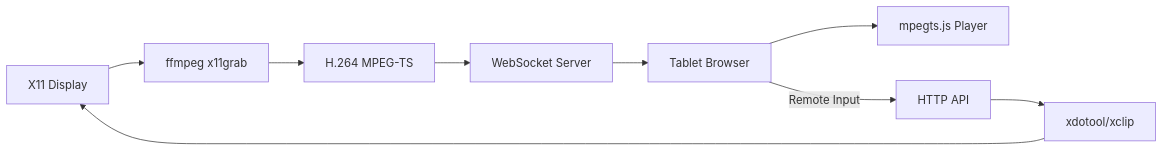
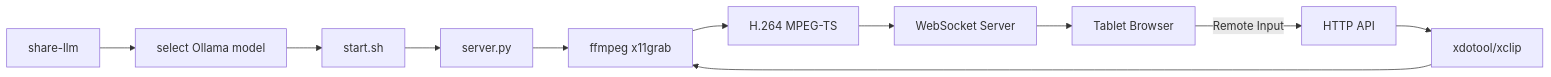
The diagram in README.md (krsatyam36/llm-share), drawn with Mermaid before and after one commit. The commit also changed other lines of this file, not shown here.

Commit message:
docs: update README to reflect LLM Share project structure and Ollama integration

````diff
--- a/README.md
+++ b/README.md
@@ -29,11 +59,13 @@
 ```mermaid
 graph LR
-    A[X11 Display] --> B[ffmpeg x11grab]
-    B --> C[H.264 MPEG-TS]
-    C --> D[WebSocket Server]
-    D --> E[Tablet Browser]
-    E --> F[mpegts.js Player]
-    E -- Remote Input --> G[HTTP API]
-    G --> H[xdotool/xclip]
-    H --> A
+    A[share-llm] --> B[select Ollama model]
+    B --> C[start.sh]
+    C --> D[server.py]
+    D --> E[ffmpeg x11grab]
+    E --> F[H.264 MPEG-TS]
+    F --> G[WebSocket Server]
+    G --> H[Tablet Browser]
+    H -- Remote Input --> I[HTTP API]
+    I --> J[xdotool/xclip]
+    J --> E
 ```
````
